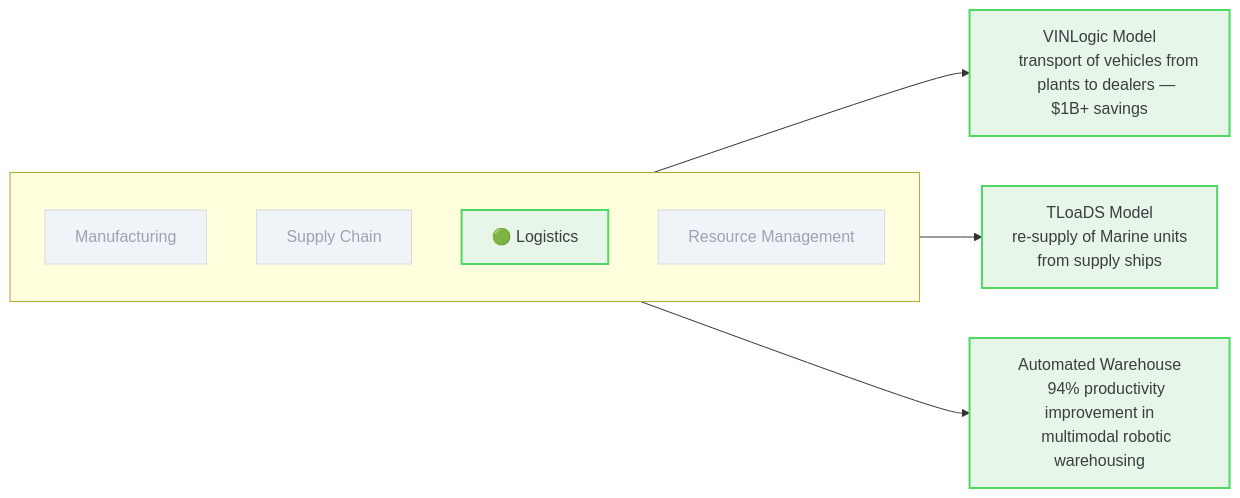
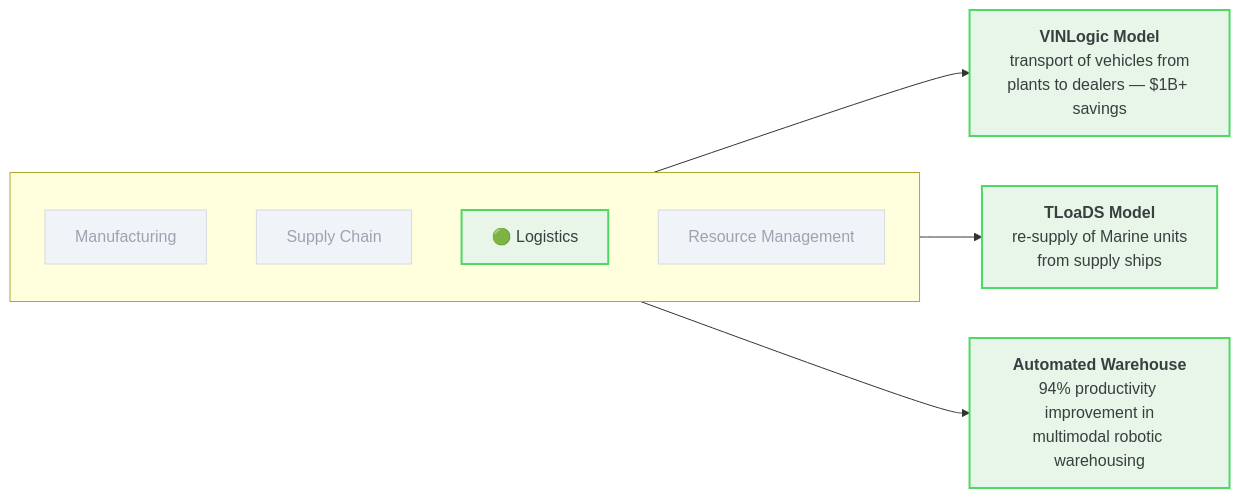
Before and after one commit to SimulationDynamics/sdi-self-guided-tour: the diagram in src/logistics/case-studies.md, drawn with Mermaid. The commit also changed 5 other files, not shown here.

First line of the commit message:
Add bold titles and clickable links to Mermaid diagrams, update docs

```diff
--- a/src/logistics/case-studies.md
+++ b/src/logistics/case-studies.md
@@ -21,25 +21,28 @@
 <div class="mermaid">
 graph LR
     subgraph sections[" "]
         direction TB
         M["Manufacturing"]
         SC["Supply Chain"]
         L["🟢 Logistics"]
         RM["Resource Management"]
     end
-    L -->|" "| CS1["VINLogic Model
+    L -->|" "| CS1["`**VINLogic Model**
     transport of vehicles from
-    plants to dealers — $1B+ savings"]
-    L -->|" "| CS2["TLoaDS Model
+    plants to dealers — $1B+ savings`"]
+    L -->|" "| CS2["`**TLoaDS Model**
     re-supply of Marine units
-    from supply ships"]
-    L -->|" "| CS3["Automated Warehouse
+    from supply ships`"]
+    L -->|" "| CS3["`**Automated Warehouse**
     94% productivity improvement in
-    multimodal robotic warehousing"]
+    multimodal robotic warehousing`"]
+    click CS1 "/logistics/case-studies/#vinlogic-model"
+    click CS2 "/logistics/case-studies/#tloads-model"
+    click CS3 "/logistics/case-studies/#automated-warehouse"
     classDef active fill:#e8f5e9,stroke:#4CD964,stroke-width:2px,color:#373F3F
     classDef dimmed fill:#f0f4f8,stroke:#D6DAE1,stroke-width:1px,color:#9ca3af
     classDef caseStudy fill:#e8f5e9,stroke:#4CD964,stroke-width:2px,color:#373F3F
     class L active
     class M,SC,RM dimmed
     class CS1,CS2,CS3 caseStudy
 </div>
```
